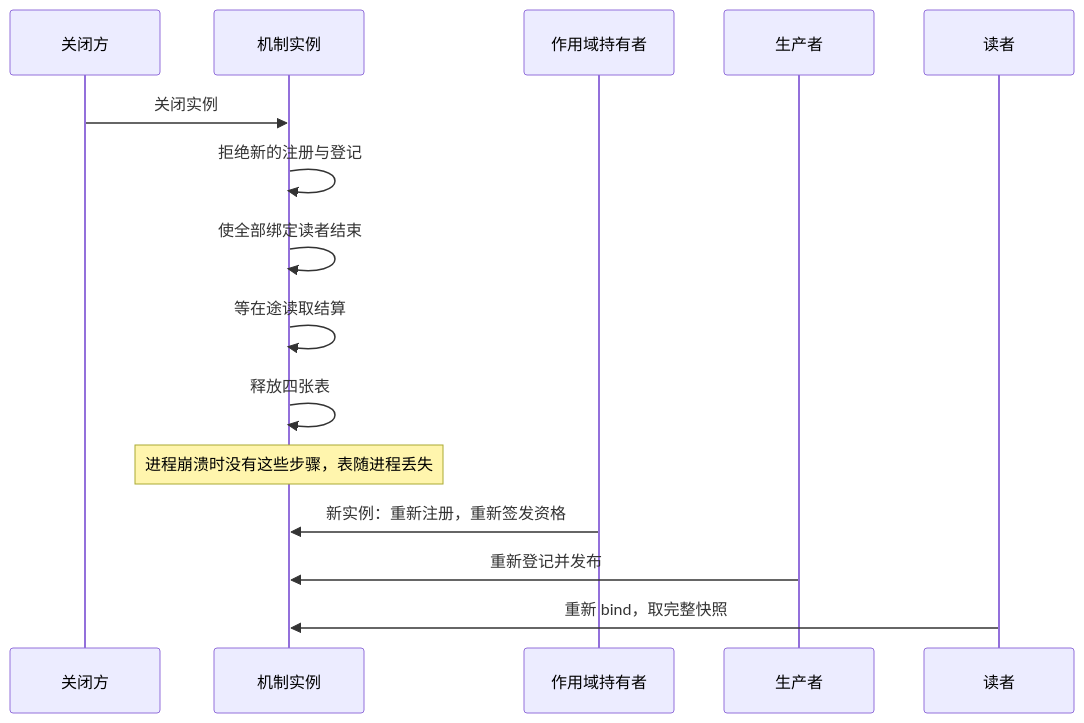
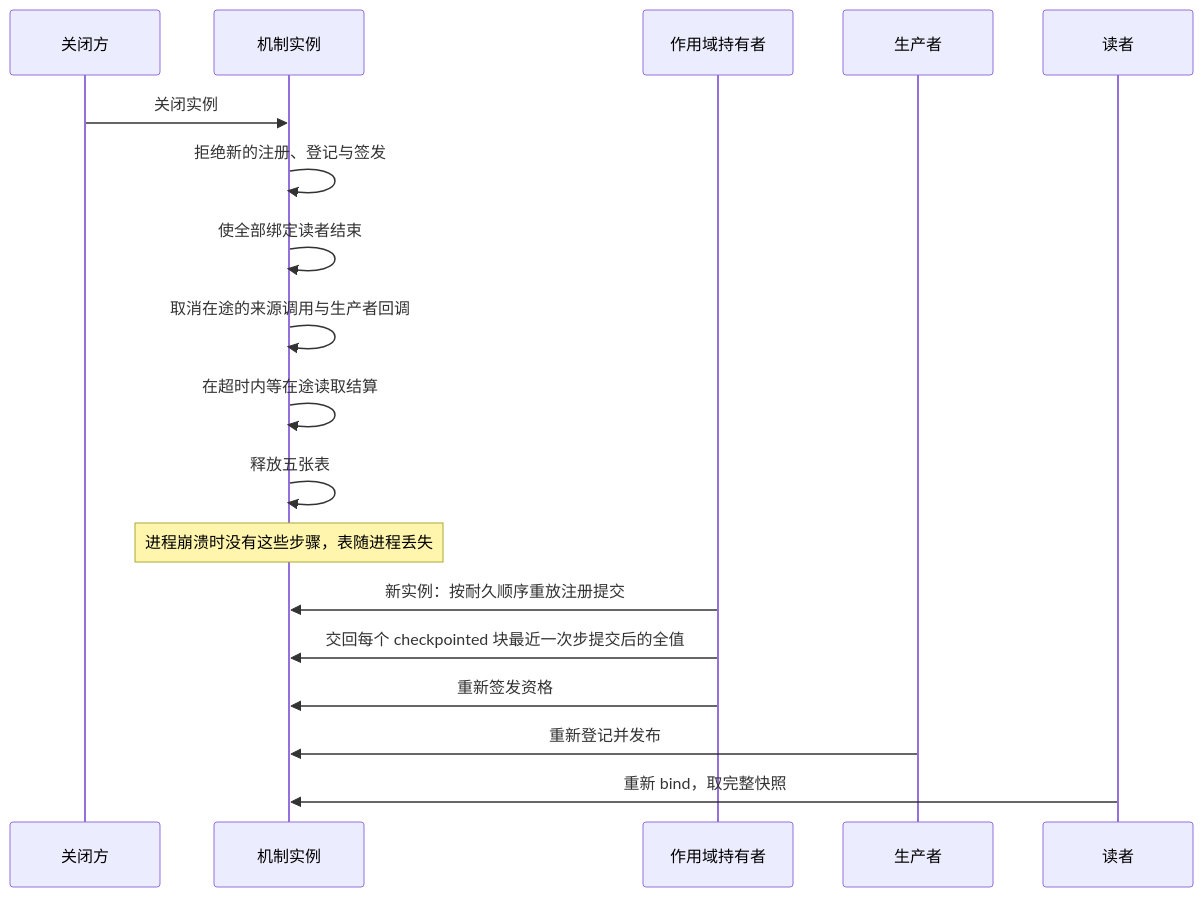
The fifth of 5 diagrams in packages/context/runtime-context/docs/flows.md (nemori-ai/omne-harness-lite), drawn with Mermaid before and after one commit. The commit also changed other lines of this file and 68 other files, not shown here.

````diff
--- a/packages/context/runtime-context/docs/flows.md
+++ b/packages/context/runtime-context/docs/flows.md
@@ -144,17 +158,20 @@
 ```mermaid
 sequenceDiagram
   participant C as 关闭方
   participant M as 机制实例
   participant H as 作用域持有者
   participant P as 生产者
   participant R as 读者
   C->>M: 关闭实例
-  M->>M: 拒绝新的注册与登记
+  M->>M: 拒绝新的注册、登记与签发
   M->>M: 使全部绑定读者结束
-  M->>M: 等在途读取结算
-  M->>M: 释放四张表
+  M->>M: 取消在途的来源调用与生产者回调
+  M->>M: 在超时内等在途读取结算
+  M->>M: 释放五张表
   Note over M: 进程崩溃时没有这些步骤，表随进程丢失
-  H->>M: 新实例：重新注册，重新签发资格
+  H->>M: 新实例：按耐久顺序重放注册提交
+  H->>M: 交回每个 checkpointed 块最近一次步提交后的全值
+  H->>M: 重新签发资格
   P->>M: 重新登记并发布
   R->>M: 重新 bind，取完整快照
 ```
````
